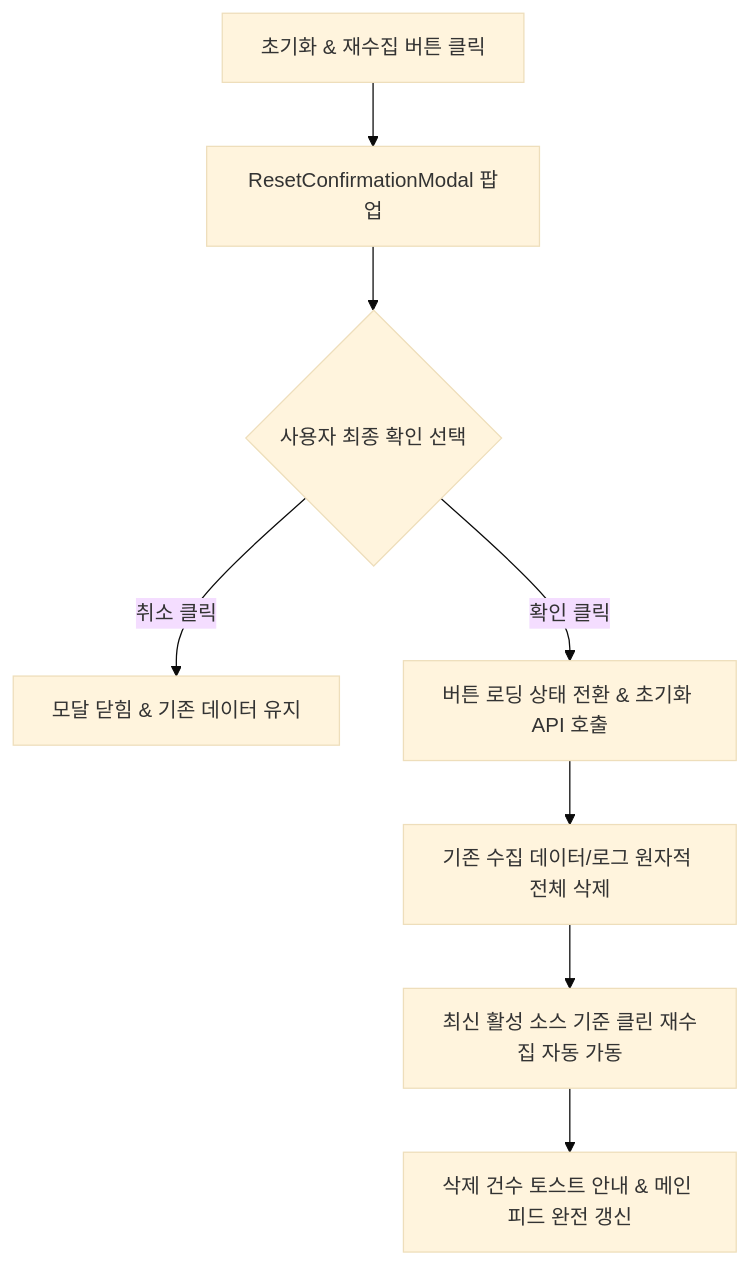
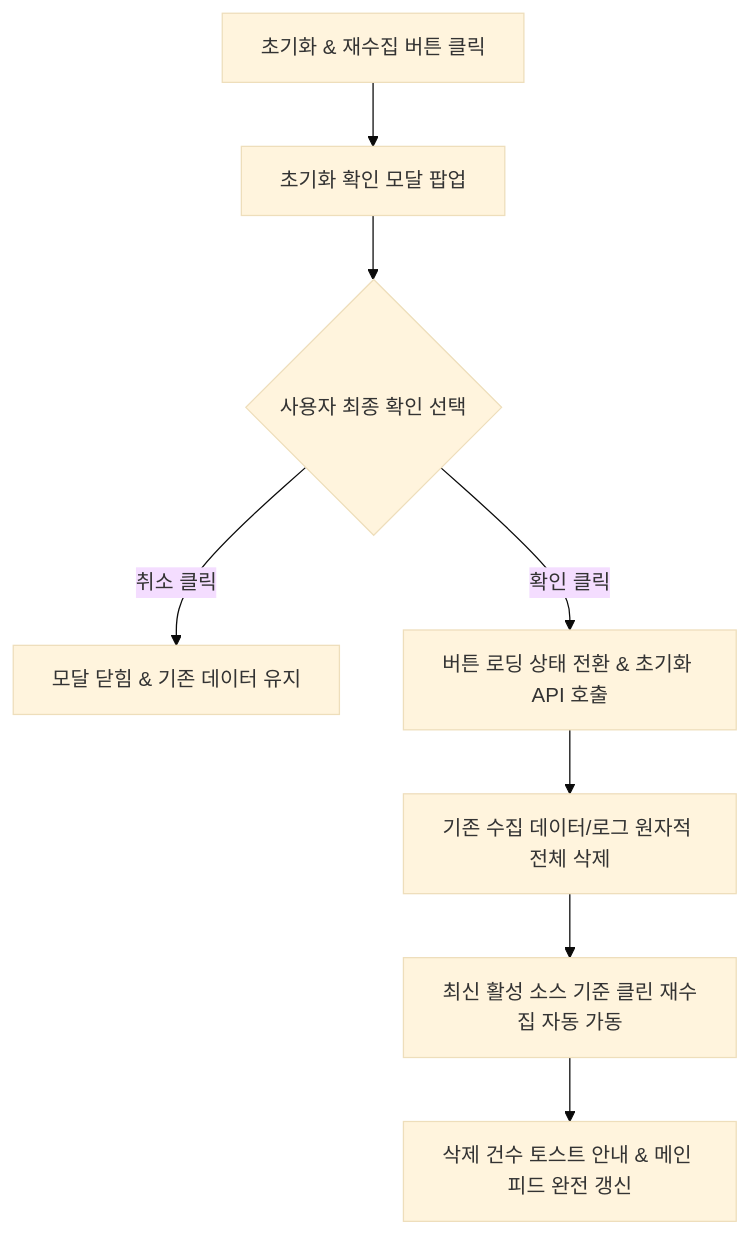
The second of 5 diagrams in docs/spec-writer/fsd/04_SETTINGS_SPECIFICATION.md (ozplayground/agent-lens), drawn with Mermaid (base theme) before and after one commit. The commit also changed other lines of this file and 41 other files, not shown here.

````diff
--- a/docs/spec-writer/fsd/04_SETTINGS_SPECIFICATION.md
+++ b/docs/spec-writer/fsd/04_SETTINGS_SPECIFICATION.md
@@ -96,10 +96,10 @@
 ```mermaid
 flowchart TD
-    A[초기화 & 재수집 버튼 클릭] --> B[ResetConfirmationModal 팝업]
+    A[초기화 & 재수집 버튼 클릭] --> B[초기화 확인 모달 팝업]
     B --> C{사용자 최종 확인 선택}
     C -- 취소 클릭 --> D[모달 닫힘 & 기존 데이터 유지]
     C -- 확인 클릭 --> E[버튼 로딩 상태 전환 & 초기화 API 호출]
     E --> F[기존 수집 데이터/로그 원자적 전체 삭제]
     F --> G[최신 활성 소스 기준 클린 재수집 자동 가동]
     G --> H[삭제 건수 토스트 안내 & 메인 피드 완전 갱신]
 ```
````
